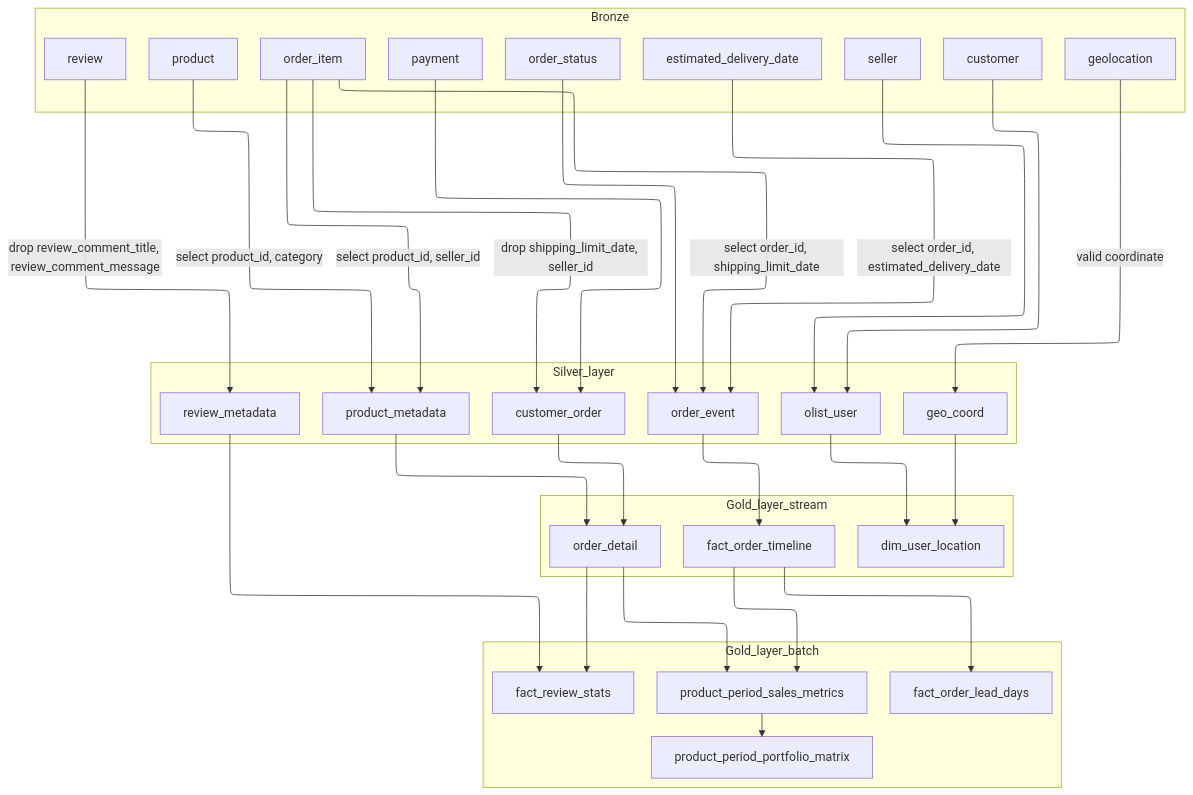
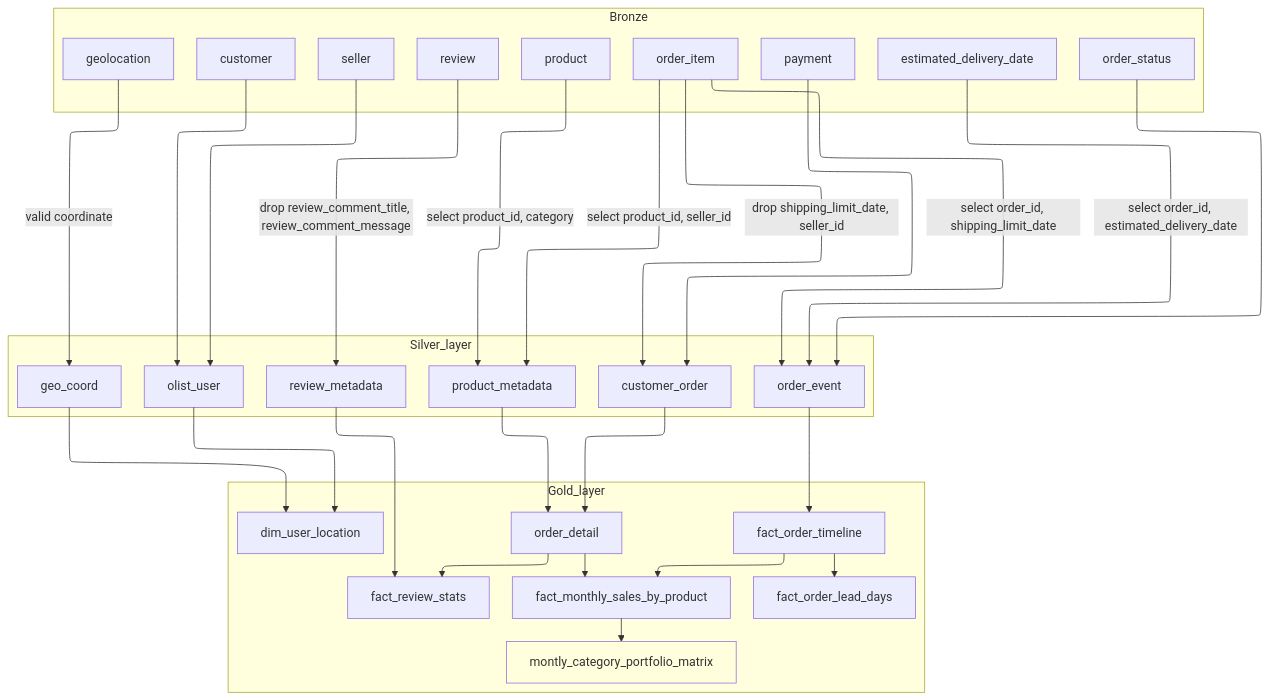
The diagram in docs/pipeline.mmd (jmhwang-dev/e-commerce), drawn with Mermaid before and after one commit.

Commit message:
fix(docs): modify pipeline viz

```diff
--- a/docs/pipeline.mmd
+++ b/docs/pipeline.mmd
@@ -1,55 +1,54 @@
 ---
 config:
   layout: elk
 ---
 flowchart TD
  subgraph Kafka_Topics["Bronze"]
         order_status["order_status"]
         order_item["order_item"]
         estimated_delivery_date["estimated_delivery_date"]
         product["product"]
         payment["payment"]
         customer["customer"]
         seller["seller"]
         geolocation["geolocation"]
         review["review"]
   end
  subgraph Silver_layer["Silver_layer"]
         order_event["order_event"]
         customer_order["customer_order"]
         product_metadata["product_metadata"]
         olist_user["olist_user"]
         geo_coord["geo_coord"]
         review_metadata["review_metadata"]
   end
- subgraph Gold_layer_stream["Gold_layer_stream"]
+ subgraph Gold_layer["Gold_layer"]
         fact_order_timeline["fact_order_timeline"]
         order_detail["order_detail"]
         dim_user_location["dim_user_location"]
-  end
- subgraph Gold_layer_batch["Gold_layer_batch"]
-        product_period_sales_metrics["product_period_sales_metrics"]
-        product_period_portfolio_matrix["product_period_portfolio_matrix"]
+        fact_monthly_sales_by_product["fact_monthly_sales_by_product"]
+        montly_category_portfolio_matrix["montly_category_portfolio_matrix"]
         fact_review_stats["fact_review_stats"]
         fact_order_lead_days["fact_order_lead_days"]
   end
     order_status --> order_event
     order_item -- drop shipping_limit_date, seller_id --> customer_order
     order_item -- select order_id, shipping_limit_date --> order_event
     estimated_delivery_date -- select order_id, estimated_delivery_date --> order_event
     product -- select product_id, category --> product_metadata
     review -- drop review_comment_title, review_comment_message --> review_metadata
     review_metadata --> fact_review_stats
     order_event --> fact_order_timeline
     order_item -- select product_id, seller_id --> product_metadata
     payment --> customer_order
     product_metadata --> order_detail
     customer_order --> order_detail
-    fact_order_timeline --> fact_order_lead_days & product_period_sales_metrics
+    fact_order_timeline --> fact_order_lead_days & fact_monthly_sales_by_product
     olist_user --> dim_user_location
     geo_coord --> dim_user_location
     seller --> olist_user
     customer --> olist_user
     geolocation -- valid coordinate --> geo_coord
-    product_period_sales_metrics --> product_period_portfolio_matrix
-    order_detail --> product_period_sales_metrics & fact_review_stats
+    fact_monthly_sales_by_product --> montly_category_portfolio_matrix
+    order_detail --> fact_monthly_sales_by_product & fact_review_stats
+    style montly_category_portfolio_matrix fill:transparent
```
